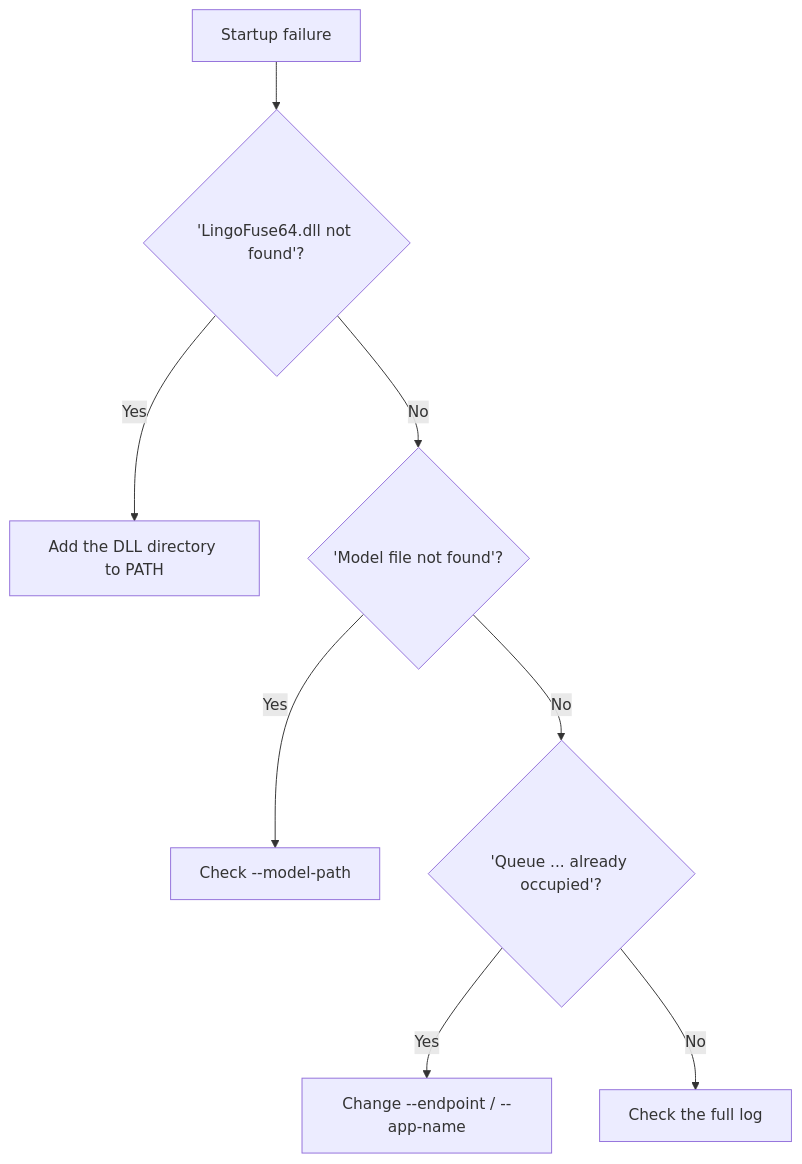
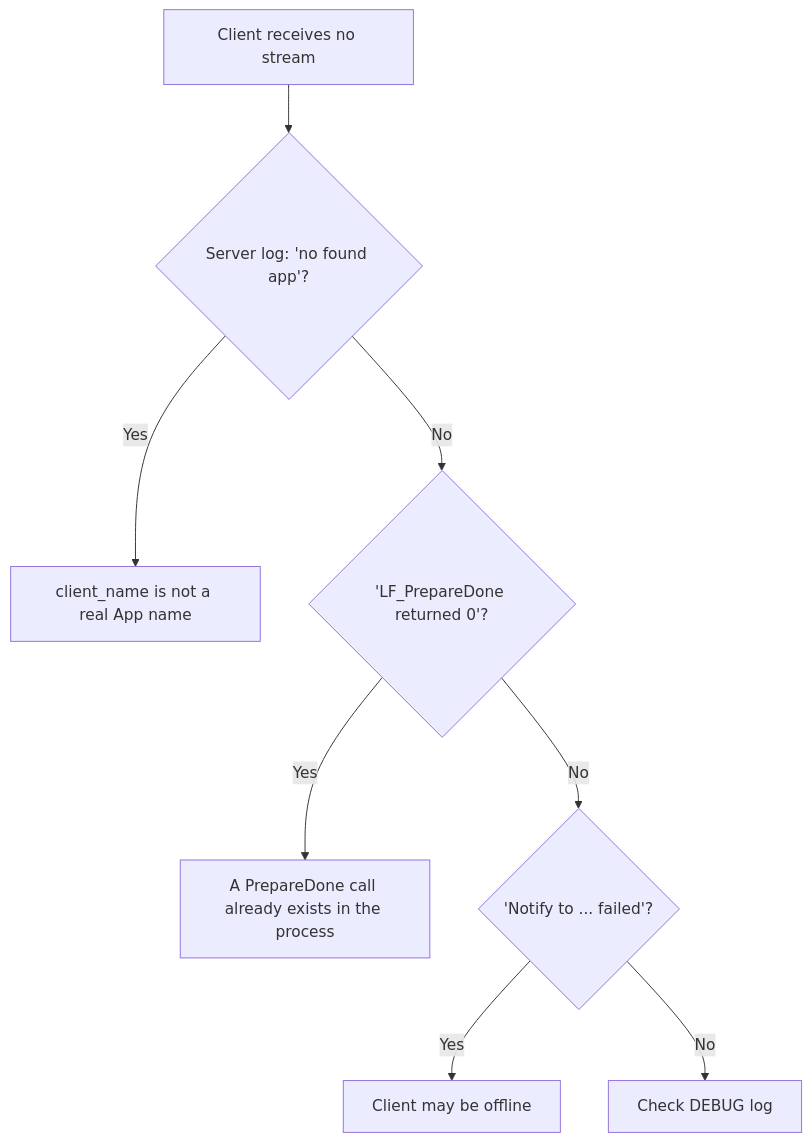
Before and after one commit to PassByYou888/LingoFuse-Tools: diagram 51 of 55 in src/pascal_c_to_mcp/code_decl_to_mcp_knowledge_base.md, drawn with Mermaid. The commit also changed other lines of this file, not shown here.

````diff
--- a/src/pascal_c_to_mcp/code_decl_to_mcp_knowledge_base.md
+++ b/src/pascal_c_to_mcp/code_decl_to_mcp_knowledge_base.md
@@ -1629,10 +2424,10 @@
 ```mermaid
 flowchart TD
-    START["Startup failure"] --> Q1{"'LingoFuse64.dll not found'?"}
-    Q1 -- Yes --> A1["Add the DLL directory to PATH"]
-    Q1 -- No --> Q2{"'Model file not found'?"}
-    Q2 -- Yes --> A2["Check --model-path"]
-    Q2 -- No --> Q3{"'Queue ... already occupied'?"}
-    Q3 -- Yes --> A3["Change --endpoint / --app-name"]
-    Q3 -- No --> Q4["Check the full log"]
+    Start["Client receives no stream"] --> Q1{"Server log: 'no found app'?"}
+    Q1 -- Yes --> A1["client_name is not a real App name"]
+    Q1 -- No --> Q2{"'LF_PrepareDone returned 0'?"}
+    Q2 -- Yes --> A2["A PrepareDone call already exists in the process"]
+    Q2 -- No --> Q3{"'Notify to ... failed'?"}
+    Q3 -- Yes --> A3["Client may be offline"]
+    Q3 -- No --> A4["Check DEBUG log"]
 ```
````
